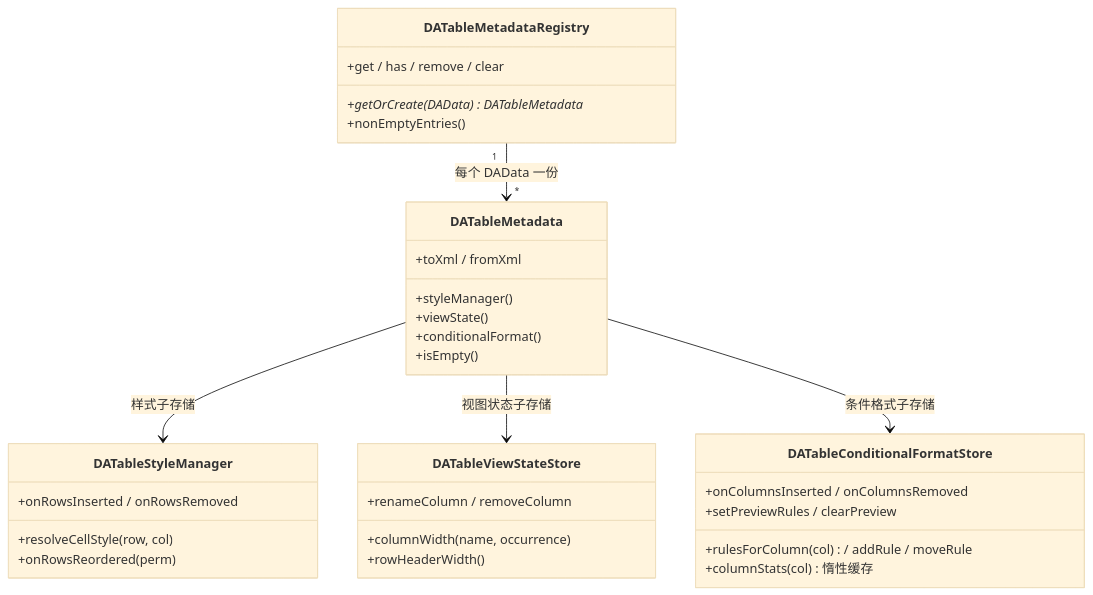
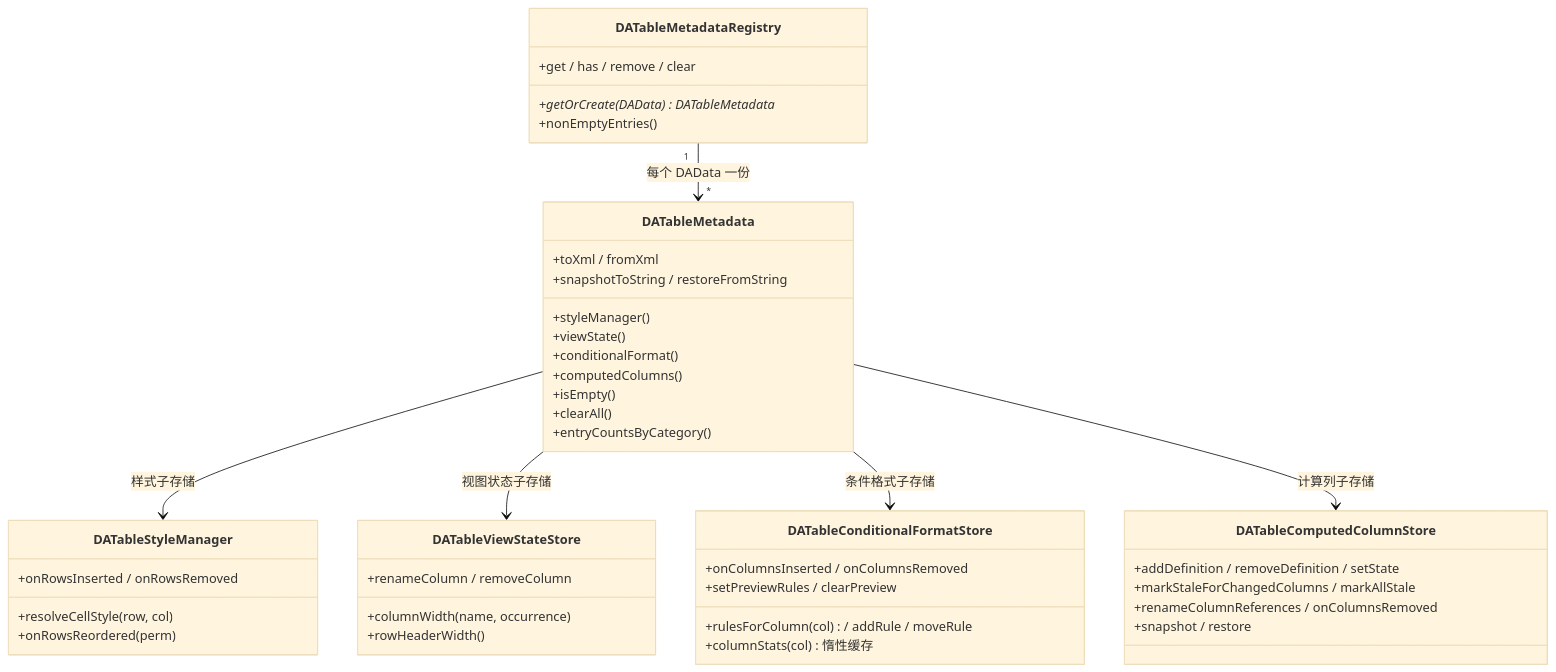
One commit to czyt1988/data-workbench changed the diagram in docs/zh/dev-guide/architecture/table-metadata.md. Above: the diagram before and after it, drawn with Mermaid (base theme). The commit also changed other lines of this file and 3 other files, not shown here.

Commit message:
docs: roadmap 状态表补录 T1.9 并置四行已完成（T1.9/T1.22/T1.23/T1.27）；changelog 批次2条目；table.md 分列/合列/分组/重塑用户章节；table-metadata.md 同步计算列子存储与整束快照 API

````diff
--- a/docs/zh/dev-guide/architecture/table-metadata.md
+++ b/docs/zh/dev-guide/architecture/table-metadata.md
@@ -9,35 +9,46 @@
 ```mermaid
 classDiagram
     class DATableMetadataRegistry {
         +getOrCreate(DAData) DATableMetadata*
         +get / has / remove / clear
         +nonEmptyEntries()
     }
     class DATableMetadata {
         +styleManager()
         +viewState()
         +conditionalFormat()
+        +computedColumns()
         +toXml / fromXml
         +isEmpty()
+        +clearAll()
+        +snapshotToString / restoreFromString
+        +entryCountsByCategory()
     }
     class DATableViewStateStore {
         +columnWidth(name, occurrence)
         +rowHeaderWidth()
         +renameColumn / removeColumn
     }
     class DATableStyleManager {
         +resolveCellStyle(row, col)
         +onRowsInserted / onRowsRemoved
         +onRowsReordered(perm)
     }
     class DATableConditionalFormatStore {
         +rulesForColumn(col) / addRule / moveRule
         +onColumnsInserted / onColumnsRemoved
         +columnStats(col) 惰性缓存
         +setPreviewRules / clearPreview
     }
+    class DATableComputedColumnStore {
+        +addDefinition / removeDefinition / setState
+        +markStaleForChangedColumns / markAllStale
+        +renameColumnReferences / onColumnsRemoved
+        +snapshot / restore
+    }
     DATableMetadataRegistry "1" --> "*" DATableMetadata : 每个 DAData 一份
     DATableMetadata --> DATableStyleManager : 样式子存储
     DATableMetadata --> DATableViewStateStore : 视图状态子存储
     DATableMetadata --> DATableConditionalFormatStore : 条件格式子存储
+    DATableMetadata --> DATableComputedColumnStore : 计算列子存储
 ```
````
